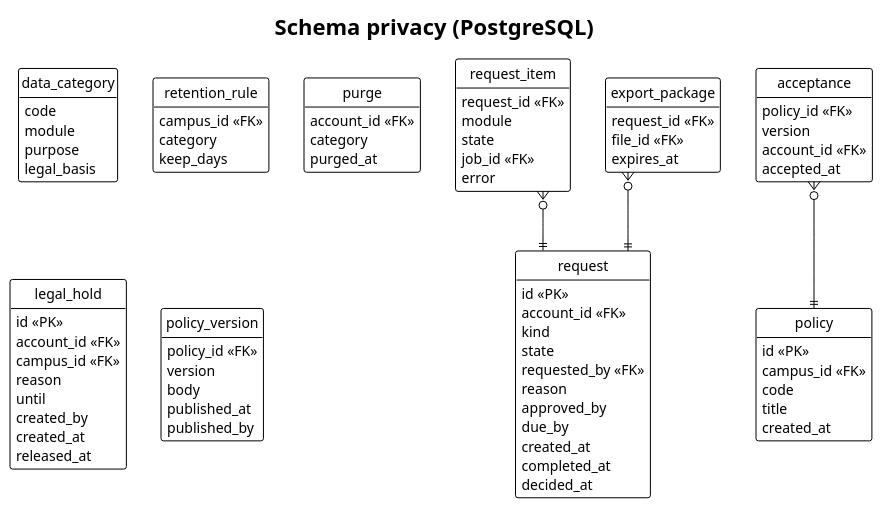
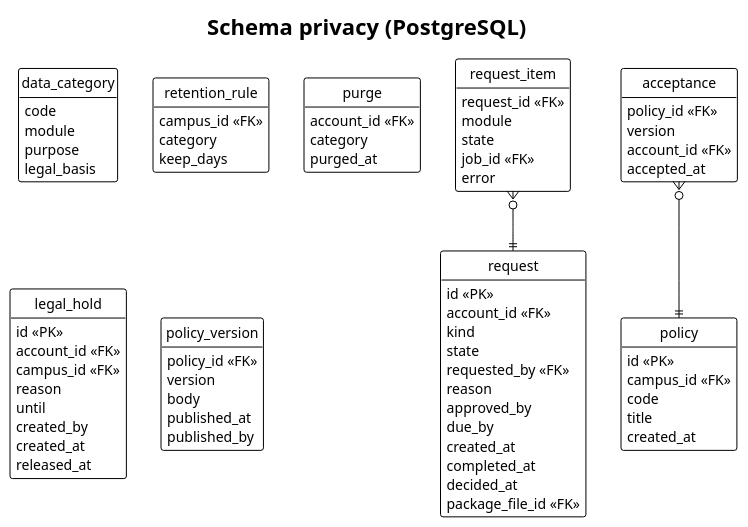
Before and after one commit to didactika/kampus: the diagram in docs/03-design/data-model/privacy.puml, drawn with PlantUML. The commit also changed 19 other files, not shown here.

First line of the commit message:
feat(privacy): the package of an export is a file of the person who asked

```diff
--- a/docs/03-design/data-model/privacy.puml
+++ b/docs/03-design/data-model/privacy.puml
@@ -3,83 +3,78 @@
 @startuml
 !theme plain
 hide empty members
 hide circle
 skinparam linetype ortho
 title Schema privacy (PostgreSQL)
 
 entity data_category {
   code
   module
   purpose
   legal_basis
 }
 entity request {
   id <<PK>>
   account_id <<FK>>
   kind
   state
   requested_by <<FK>>
   reason
   approved_by
   due_by
   created_at
   completed_at
   decided_at
+  package_file_id <<FK>>
 }
 entity request_item {
   request_id <<FK>>
   module
   state
   job_id <<FK>>
   error
 }
 entity retention_rule {
   campus_id <<FK>>
   category
   keep_days
 }
 entity purge {
   account_id <<FK>>
   category
   purged_at
 }
 entity legal_hold {
   id <<PK>>
   account_id <<FK>>
   campus_id <<FK>>
   reason
   until
   created_by
   created_at
   released_at
 }
 entity policy {
   id <<PK>>
   campus_id <<FK>>
   code
   title
   created_at
 }
 entity policy_version {
   policy_id <<FK>>
   version
   body
   published_at
   published_by
 }
 entity acceptance {
   policy_id <<FK>>
   version
   account_id <<FK>>
   accepted_at
 }
-entity export_package {
-  request_id <<FK>>
-  file_id <<FK>>
-  expires_at
-}
 
 request_item }o--|| request
 acceptance }o--|| policy
-export_package }o--|| request
 @enduml
```
